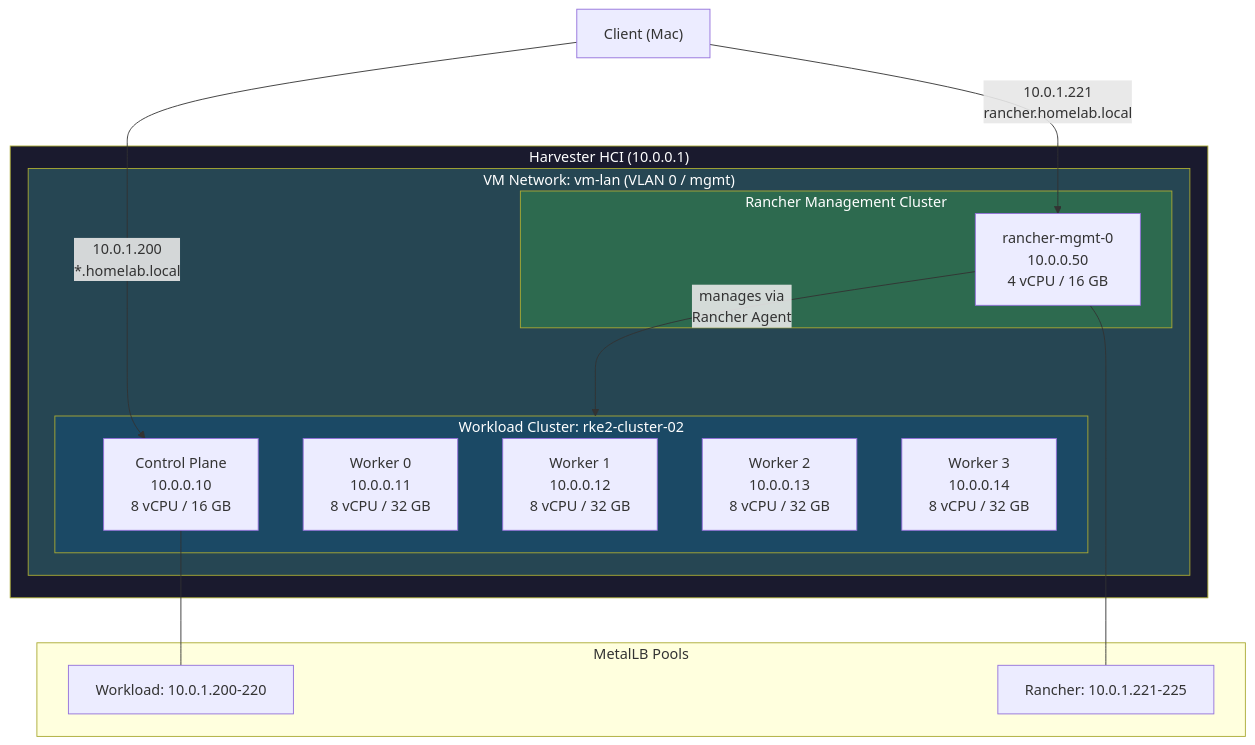
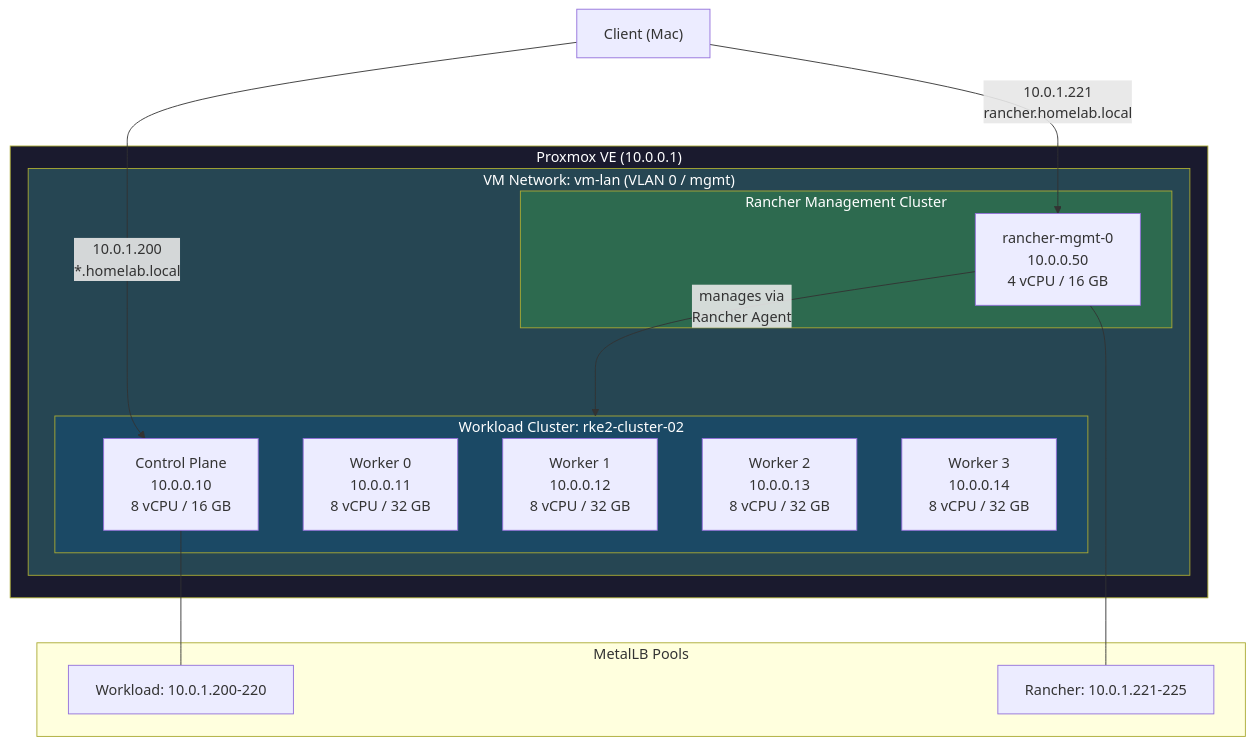
Before and after one commit to kratos81/production-homelab: the first of 9 diagrams in README.md, drawn with Mermaid. The commit also changed other lines of this file and 14 other files, not shown here.

````diff
--- a/README.md
+++ b/README.md
@@ -170,36 +170,36 @@
 ```mermaid
 graph TB
-    subgraph Harvester["Harvester HCI (10.0.0.1)"]
+    subgraph Harvester["Proxmox VE (10.0.0.1)"]
         subgraph Network["VM Network: vm-lan (VLAN 0 / mgmt)"]
             subgraph Rancher["Rancher Management Cluster"]
                 RM0["rancher-mgmt-0<br/>10.0.0.50<br/>4 vCPU / 16 GB"]
             end
 
             subgraph Cluster02["Workload Cluster: rke2-cluster-02"]
                 CP0["Control Plane<br/>10.0.0.10<br/>8 vCPU / 16 GB"]
                 W0["Worker 0<br/>10.0.0.11<br/>8 vCPU / 32 GB"]
                 W1["Worker 1<br/>10.0.0.12<br/>8 vCPU / 32 GB"]
                 W2["Worker 2<br/>10.0.0.13<br/>8 vCPU / 32 GB"]
                 W3["Worker 3<br/>10.0.0.14<br/>8 vCPU / 32 GB"]
             end
         end
     end
 
     RM0 -->|"manages via<br/>Rancher Agent"| Cluster02
 
     Client["Client (Mac)"] -->|"10.0.1.221<br/>rancher.homelab.local"| RM0
     Client -->|"10.0.1.200<br/>*.homelab.local"| CP0
 
     subgraph LB["MetalLB Pools"]
         Pool1["Workload: 10.0.1.200-220"]
         Pool2["Rancher: 10.0.1.221-225"]
     end
 
     CP0 --- Pool1
     RM0 --- Pool2
 
     style Harvester fill:#1a1a2e,color:#fff
     style Rancher fill:#2d6a4f,color:#fff
     style Cluster02 fill:#1b4965,color:#fff
     style Network fill:#264653,color:#fff
 ```
````
